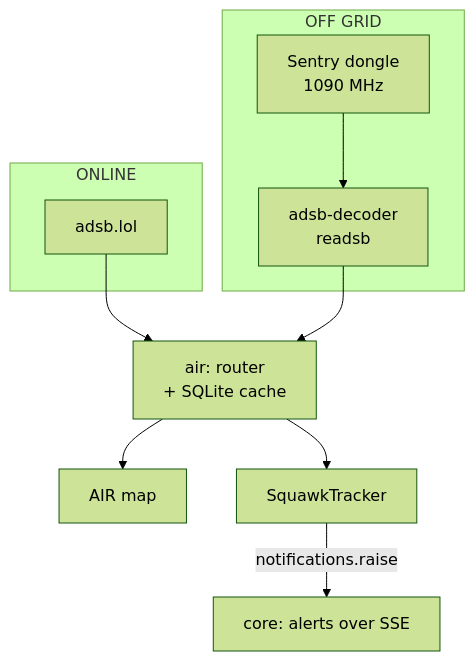
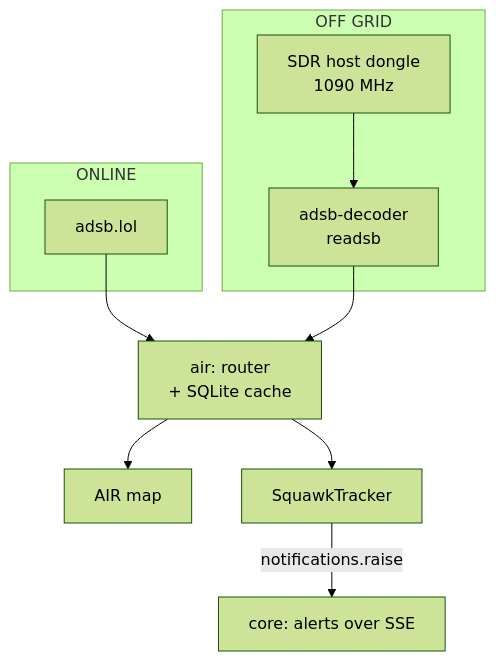
One commit to barrygee/Sentinel changed the first of 5 diagrams in docs/architecture/data-flows.md. Above: the diagram before and after it, drawn with Mermaid (forest theme). The commit also changed other lines of this file and 63 other files, not shown here.

````diff
--- a/docs/architecture/data-flows.md
+++ b/docs/architecture/data-flows.md
@@ -9,16 +9,16 @@
 ```mermaid
 flowchart TB
     subgraph airOnline["ONLINE"]
         adsblol["adsb.lol"]
     end
     subgraph airOffgrid["OFF GRID"]
-        sentry["Sentry dongle<br/>1090 MHz"] --> readsb["adsb-decoder<br/>readsb"]
+        sdrHostDongle["SDR host dongle<br/>1090 MHz"] --> readsb["adsb-decoder<br/>readsb"]
     end
     adsblol --> router["air: router<br/>+ SQLite cache"]
     readsb --> router
     router --> map["AIR map"]
     router --> tracker["SquawkTracker"]
     tracker -- "notifications.raise" --> core["core: alerts over SSE"]
     class airOnline online
     class airOffgrid offgrid
 ```
````
